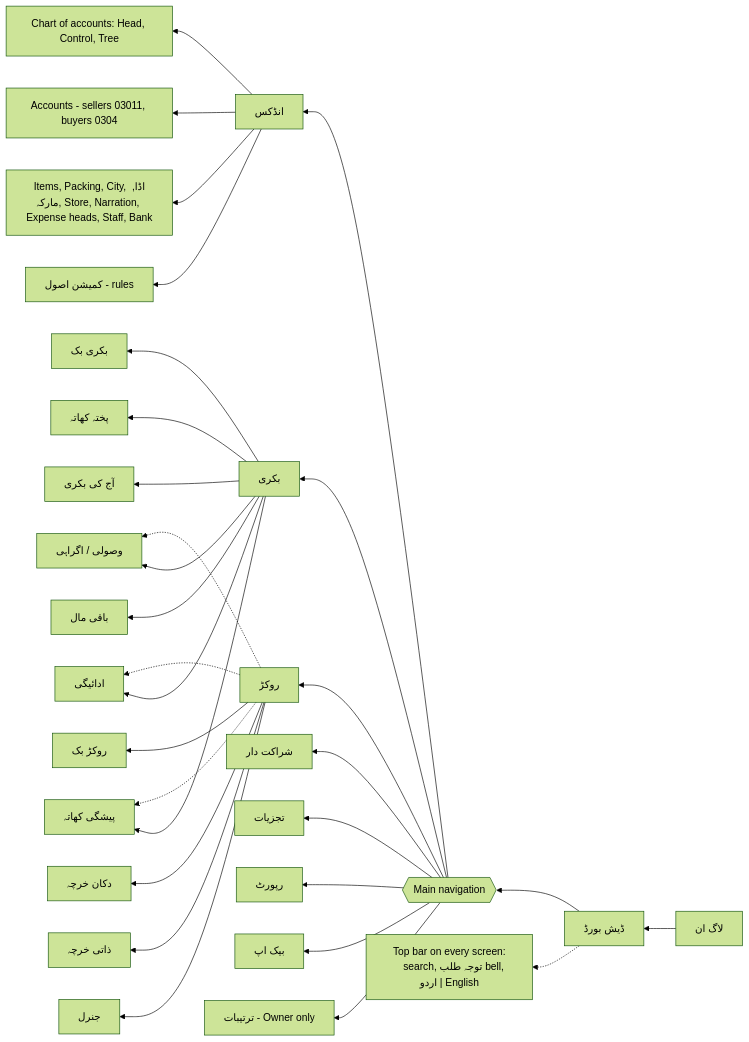
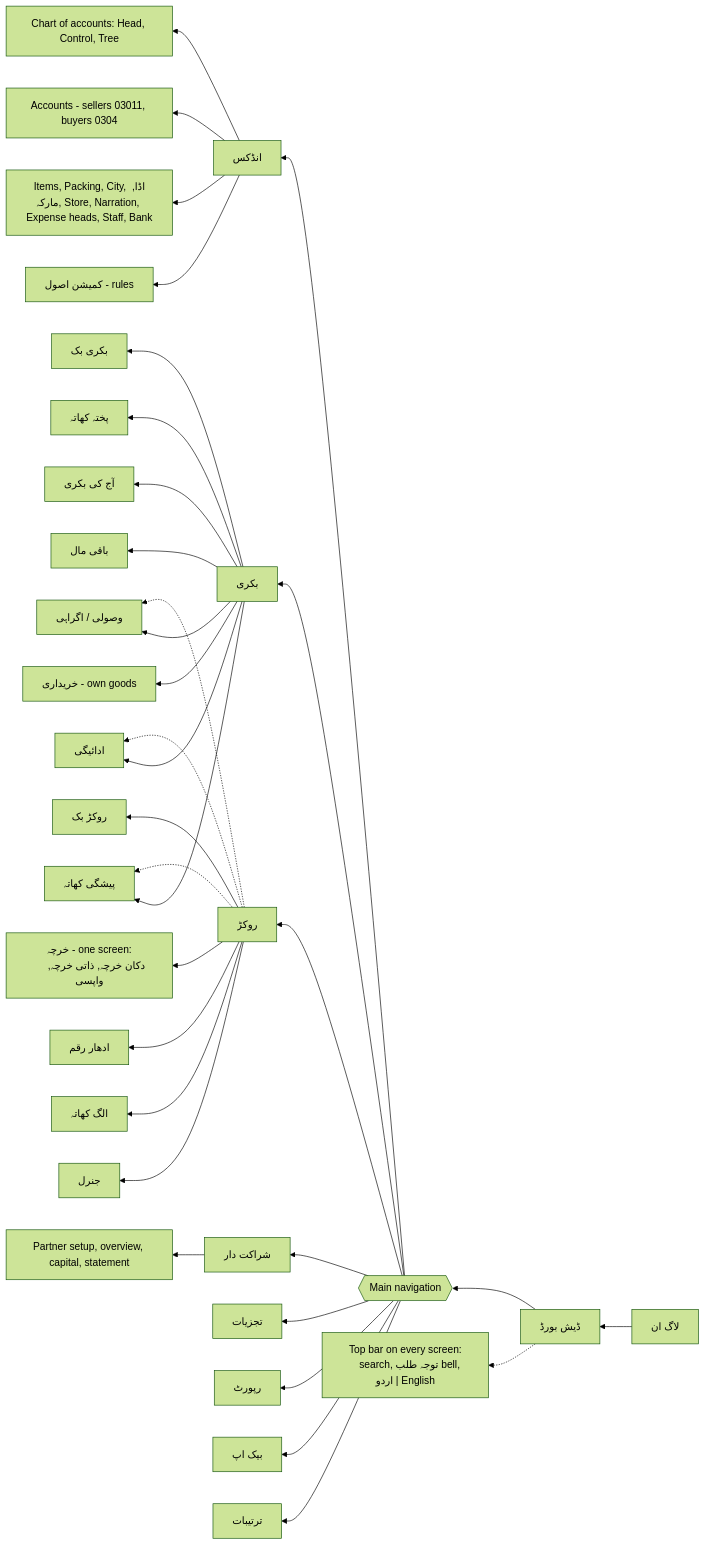
The sixth of 26 diagrams in .claude/rules/Architecture_v1.md (FaisalHanif12/Fruits-Mandi-Software), drawn with Mermaid (forest theme) before and after one commit. The commit also changed other lines of this file and 1119 other files, not shown here.

````diff
--- a/.claude/rules/Architecture_v1.md
+++ b/.claude/rules/Architecture_v1.md
@@ -212,36 +208,40 @@
 ```mermaid
 flowchart RL
     LOGIN["لاگ ان"] --> DASH["ڈیش بورڈ"]
     DASH --> NAV{{"Main navigation"}}
     NAV --> IDX["انڈکس"]
     NAV --> BIK["بکری"]
     NAV --> ROK["روکڑ"]
     NAV --> PRT["شراکت دار"]
     NAV --> ANL["تجزیات"]
     NAV --> REP["رپورٹ"]
     NAV --> BAK["بیک اپ"]
-    NAV --> SET["ترتیبات - Owner only"]
+    NAV --> SET["ترتیبات"]
     DASH -.-> TOP["Top bar on every screen:
     search, توجہ طلب bell, اردو | English"]
 
     IDX --> IDX1["Chart of accounts: Head, Control, Tree"]
     IDX --> IDX2["Accounts - sellers 03011, buyers 0304"]
     IDX --> IDX3["Items, Packing, City, اڈا, مارکہ, Store, Narration, Expense heads, Staff, Bank"]
     IDX --> IDX4["کمیشن اصول - rules"]
 
     BIK --> B1["بکری بک"]
     BIK --> B3["وصولی / اگراہی"]
     BIK --> B4["ادائیگی"]
     BIK --> B5["پیشگی کھاتہ"]
     BIK --> B6["پختہ کھاتہ"]
     BIK --> B7["آج کی بکری"]
     BIK --> B8["باقی مال"]
+    BIK --> B9["خریداری - own goods"]
+    PRT --> P1["Partner setup, overview, capital, statement"]
 
     ROK --> R1["روکڑ بک"]
-    ROK --> R2["دکان خرچہ"]
-    ROK --> R3["ذاتی خرچہ"]
+    ROK --> R2["خرچہ - one screen:
+    دکان خرچہ, ذاتی خرچہ, واپسی"]
+    ROK --> R3["ادھار رقم"]
+    ROK --> R5["الگ کھاتہ"]
     ROK --> R4["جنرل"]
     ROK -.-> B3
     ROK -.-> B4
     ROK -.-> B5
 ```
````
